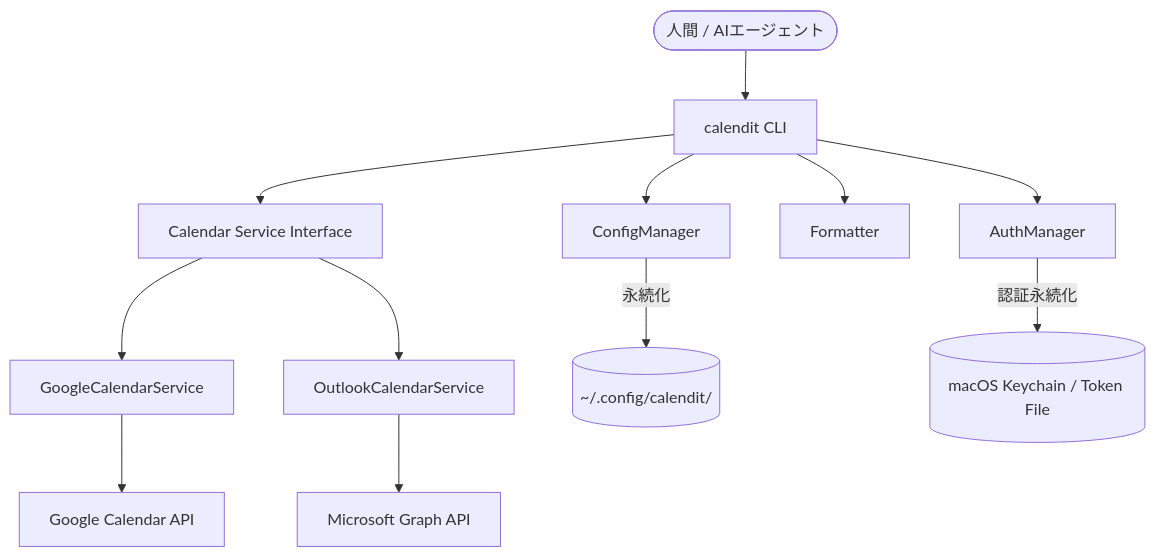
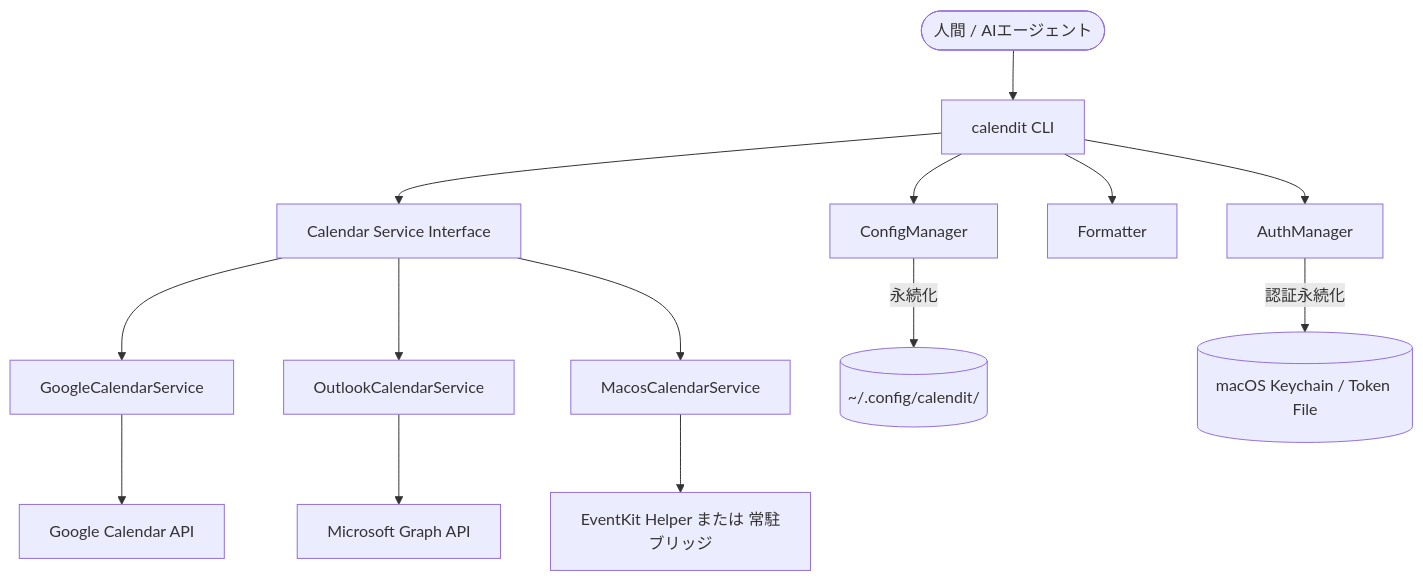
Before and after one commit to chromatribe/calendit: the diagram in spec/spec.md, drawn with Mermaid. The commit also changed other lines of this file and 95 other files, not shown here.

````diff
--- a/spec/spec.md
+++ b/spec/spec.md
@@ -14,17 +14,19 @@
 ```mermaid
 graph TD
     User([人間 / AIエージェント]) --> CLI[calendit CLI]
     CLI --> Config[ConfigManager]
     CLI --> Auth[AuthManager]
     CLI --> Formatter[Formatter]
     CLI --> Service[Calendar Service Interface]
     
     Service --> Google[GoogleCalendarService]
     Service --> Outlook[OutlookCalendarService]
+    Service --> Macos[MacosCalendarService]
     
     Google --> GAPI[Google Calendar API]
     Outlook --> MGraph[Microsoft Graph API]
+    Macos --> EK[EventKit Helper または 常駐ブリッジ]
     
     Config -- 永続化 --> FileSystem[(~/.config/calendit/)]
     Auth -- 認証永続化 --> Keychain[(macOS Keychain / Token File)]
 ```
````
